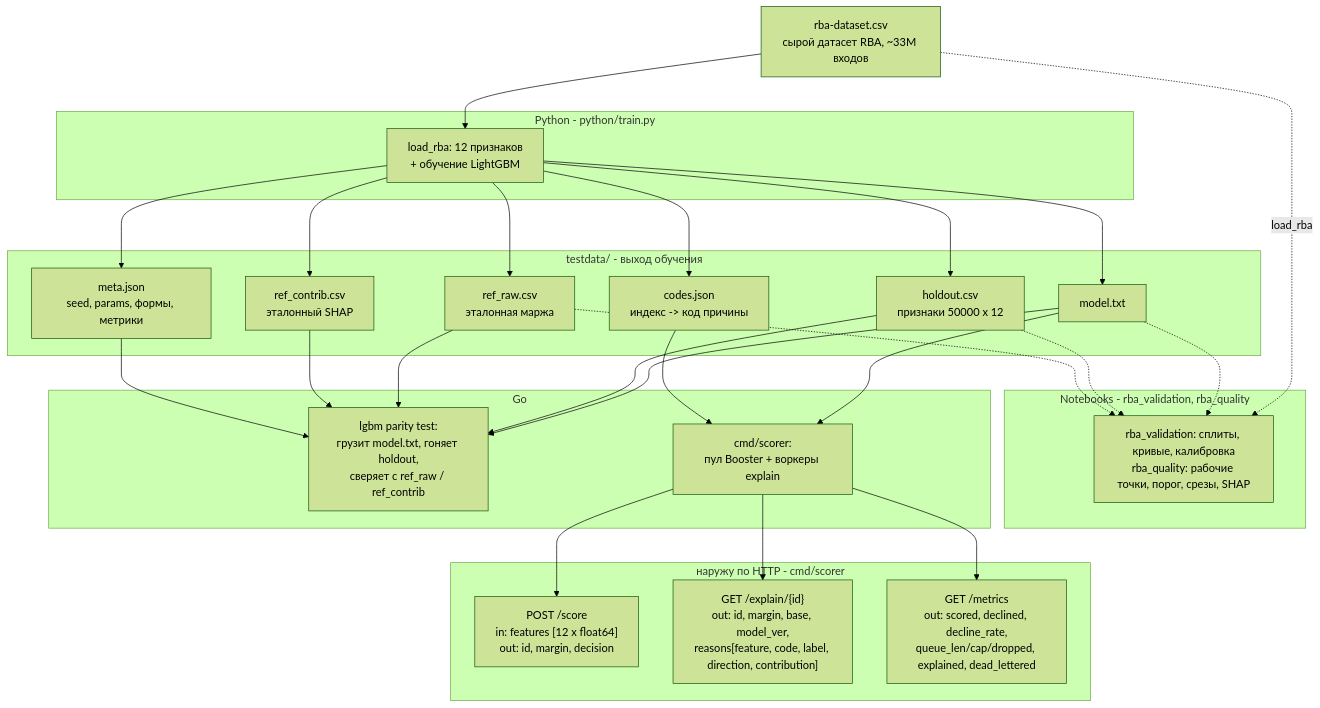
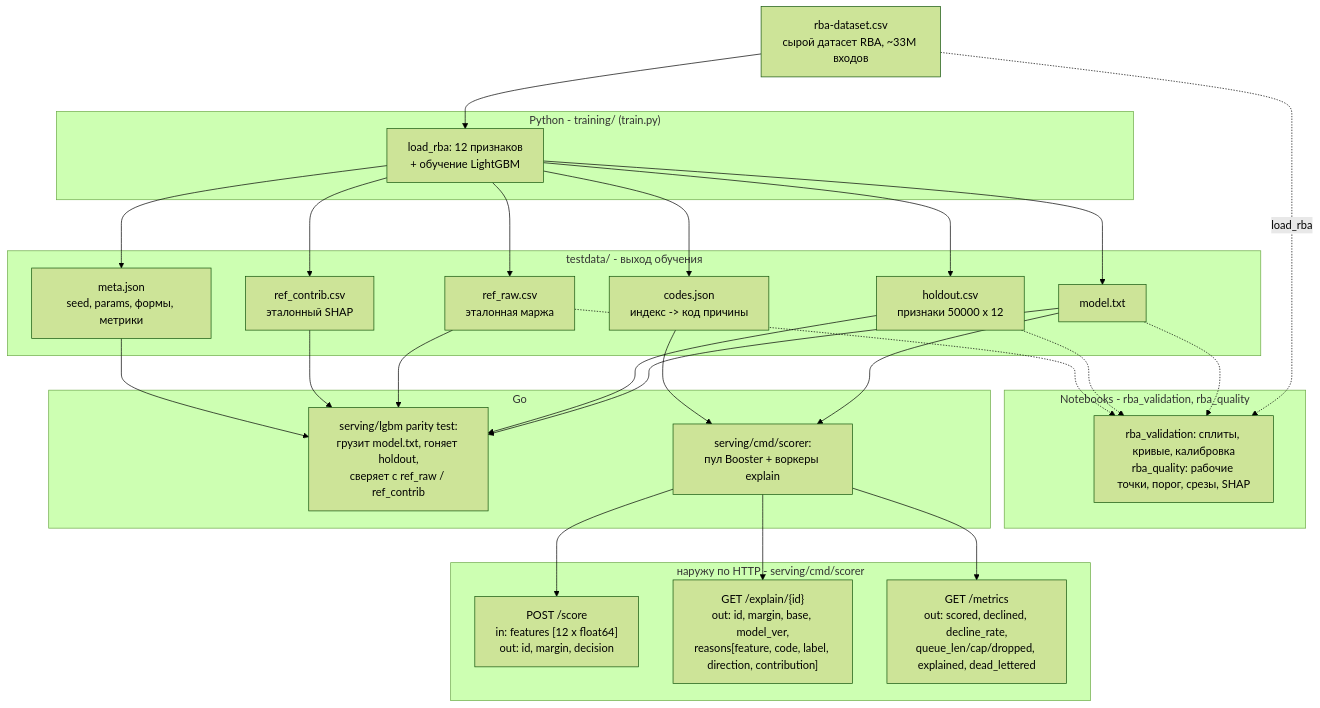
Before and after one commit to danilkiff/go-lgbm-serving: the diagram in README.md, drawn with Mermaid (forest theme). The commit also changed other lines of this file and 53 other files, not shown here.

````diff
--- a/README.md
+++ b/README.md
@@ -132,40 +155,40 @@
 ```mermaid
 flowchart TD
     RAW["rba-dataset.csv<br/>сырой датасет RBA, ~33M входов"]
 
-    subgraph PY["Python - python/train.py"]
+    subgraph PY["Python - training/ (train.py)"]
         TRAIN["load_rba: 12 признаков<br/>+ обучение LightGBM"]
     end
 
     subgraph ART["testdata/ - выход обучения"]
         MODEL["model.txt"]
         HOLD["holdout.csv<br/>признаки 50000 x 12"]
         RREF["ref_raw.csv<br/>эталонная маржа"]
         CREF["ref_contrib.csv<br/>эталонный SHAP"]
         META["meta.json<br/>seed, params, формы, метрики"]
         CODES["codes.json<br/>индекс -> код причины"]
     end
 
     subgraph NB["Notebooks - rba_validation, rba_quality"]
         VAL["rba_validation: сплиты, кривые, калибровка<br/>rba_quality: рабочие точки, порог, срезы, SHAP"]
     end
 
     subgraph GO["Go"]
-        PARITY["lgbm parity test:<br/>грузит model.txt, гоняет holdout,<br/>сверяет с ref_raw / ref_contrib"]
-        SCORER["cmd/scorer:<br/>пул Booster + воркеры explain"]
+        PARITY["serving/lgbm parity test:<br/>грузит model.txt, гоняет holdout,<br/>сверяет с ref_raw / ref_contrib"]
+        SCORER["serving/cmd/scorer:<br/>пул Booster + воркеры explain"]
     end
 
-    subgraph OUT["наружу по HTTP - cmd/scorer"]
+    subgraph OUT["наружу по HTTP - serving/cmd/scorer"]
         SCORE["POST /score<br/>in: features [12 x float64]<br/>out: id, margin, decision"]
         EXPL["GET /explain/{id}<br/>out: id, margin, base, model_ver,<br/>reasons[feature, code, label, direction, contribution]"]
         MET["GET /metrics<br/>out: scored, declined, decline_rate,<br/>queue_len/cap/dropped, explained, dead_lettered"]
     end
 
     RAW --> TRAIN
     TRAIN --> MODEL & HOLD & RREF & CREF & META & CODES
     RAW -.->|"load_rba"| VAL
     MODEL & HOLD & RREF -.-> VAL
     MODEL & HOLD & RREF & CREF & META --> PARITY
     MODEL & CODES --> SCORER
     SCORER --> SCORE & EXPL & MET
 ```
````
